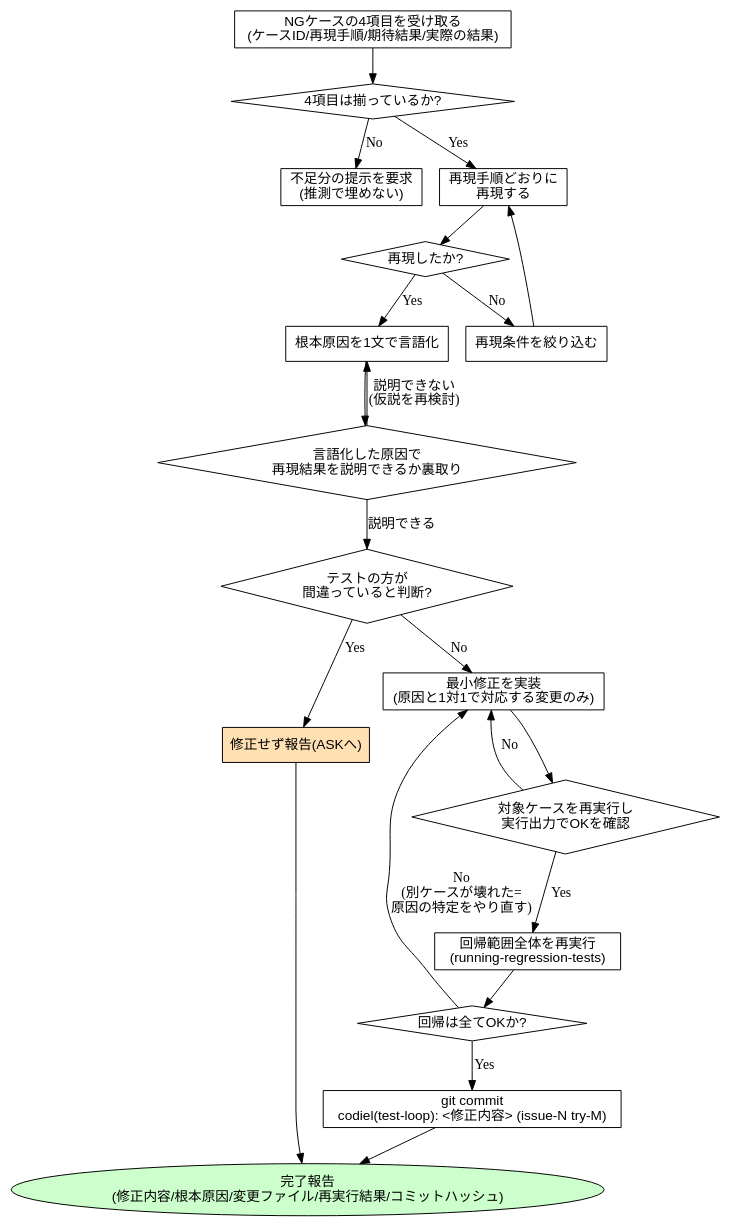
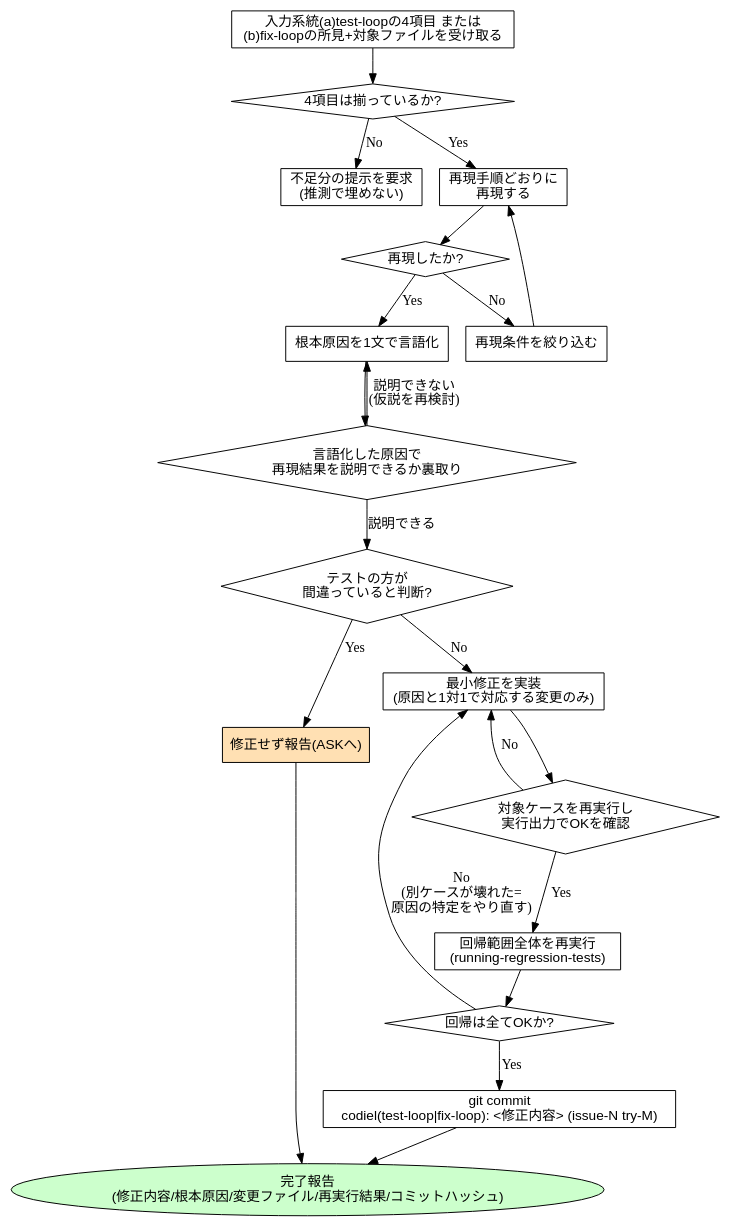
Before and after one commit to Amatsuka-kobo/amatsuka-claude-plugins: the diagram in plugins/codiel/skills/fixing-failures/SKILL.md, drawn with Graphviz. The commit also changed other lines of this file and 3 other files, not shown here.

````diff
--- a/plugins/codiel/skills/fixing-failures/SKILL.md
+++ b/plugins/codiel/skills/fixing-failures/SKILL.md
@@ -81,55 +89,55 @@
 ```dot
 digraph fixing_failures {
   rankdir=TB;
   node [fontname="sans-serif"];
 
-  receive [label="NGケースの4項目を受け取る\n(ケースID/再現手順/期待結果/実際の結果)", shape=box];
+  receive [label="入力系統(a)test-loopの4項目 または\n(b)fix-loopの所見+対象ファイルを受け取る", shape=box];
   complete_input [label="4項目は揃っているか?", shape=diamond];
   request_more [label="不足分の提示を要求\n(推測で埋めない)", shape=box];
 
   reproduce [label="再現手順どおりに\n再現する", shape=box];
   reproduced [label="再現したか?", shape=diamond];
   narrow [label="再現条件を絞り込む", shape=box];
 
   hypothesize [label="根本原因を1文で言語化", shape=box];
   verify_cause [label="言語化した原因で\n再現結果を説明できるか裏取り", shape=diamond];
 
   spec_wrong [label="テストの方が\n間違っていると判断?", shape=diamond];
   escalate [label="修正せず報告(ASKへ)", shape=box, style=filled, fillcolor="#ffe0b3"];
 
   minimal_fix [label="最小修正を実装\n(原因と1対1で対応する変更のみ)", shape=box];
   verify_target [label="対象ケースを再実行し\n実行出力でOKを確認", shape=diamond];
   regress_all [label="回帰範囲全体を再実行\n(running-regression-tests)", shape=box];
   regress_ok [label="回帰は全てOKか?", shape=diamond];
 
-  commit [label="git commit\ncodiel(test-loop): <修正内容> (issue-N try-M)", shape=box];
+  commit [label="git commit\ncodiel(test-loop|fix-loop): <修正内容> (issue-N try-M)", shape=box];
   report [label="完了報告\n(修正内容/根本原因/変更ファイル/再実行結果/コミットハッシュ)", shape=ellipse, style=filled, fillcolor="#ccffcc"];
 
   receive -> complete_input;
   complete_input -> request_more [label="No"];
   complete_input -> reproduce [label="Yes"];
 
   reproduce -> reproduced;
   reproduced -> narrow [label="No"];
   narrow -> reproduce;
   reproduced -> hypothesize [label="Yes"];
 
   hypothesize -> verify_cause;
   verify_cause -> hypothesize [label="説明できない\n(仮説を再検討)"];
   verify_cause -> spec_wrong [label="説明できる"];
 
   spec_wrong -> escalate [label="Yes"];
   spec_wrong -> minimal_fix [label="No"];
 
   minimal_fix -> verify_target;
   verify_target -> minimal_fix [label="No"];
   verify_target -> regress_all [label="Yes"];
 
   regress_all -> regress_ok;
   regress_ok -> minimal_fix [label="No\n(別ケースが壊れた=\n原因の特定をやり直す)"];
   regress_ok -> commit [label="Yes"];
 
   commit -> report;
   escalate -> report;
 }
 ```
````
